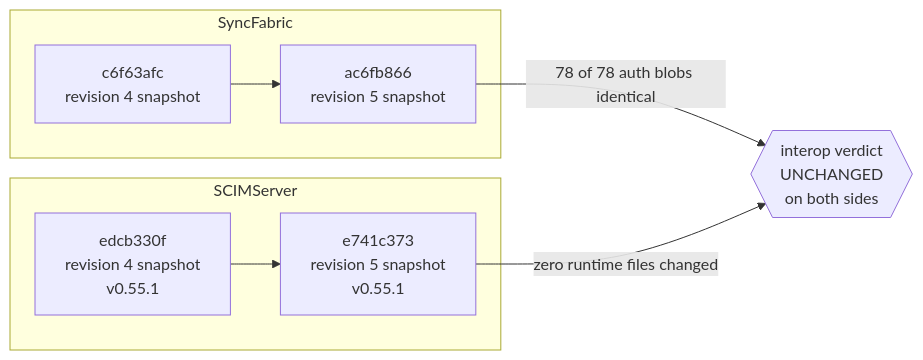
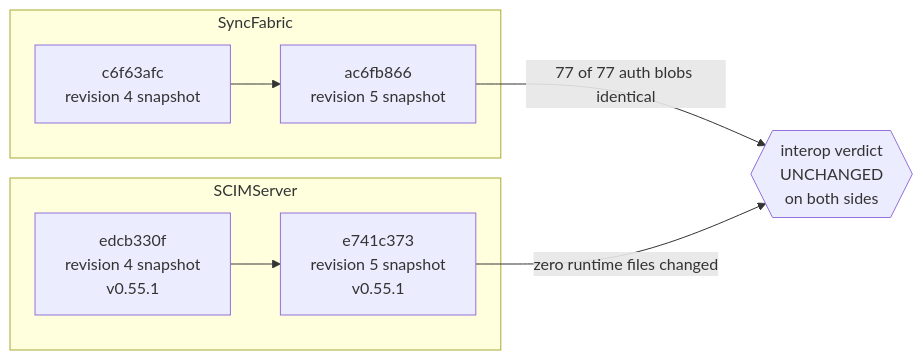
Before and after one commit to pranems/SCIMServer: the second of 22 diagrams in docs/auth/SCIMSERVER_SYNCFABRIC_WIF_ARCHITECTURE_AND_IMPLEMENTATION_GUIDE.md, drawn with Mermaid. The commit also changed other lines of this file and 3 other files, not shown here.

````diff
--- a/docs/auth/SCIMSERVER_SYNCFABRIC_WIF_ARCHITECTURE_AND_IMPLEMENTATION_GUIDE.md
+++ b/docs/auth/SCIMSERVER_SYNCFABRIC_WIF_ARCHITECTURE_AND_IMPLEMENTATION_GUIDE.md
@@ -344,11 +827,11 @@
 ```mermaid
 flowchart LR
     subgraph SF["SyncFabric"]
         SF1["c6f63afc<br/>revision 4 snapshot"] --> SF2["ac6fb866<br/>revision 5 snapshot"]
     end
     subgraph SS["SCIMServer"]
         SS1["edcb330f<br/>revision 4 snapshot<br/>v0.55.1"] --> SS2["e741c373<br/>revision 5 snapshot<br/>v0.55.1"]
     end
-    SF2 -->|"78 of 78 auth blobs identical"| VERDICT{{"interop verdict<br/>UNCHANGED<br/>on both sides"}}
+    SF2 -->|"77 of 77 auth blobs identical"| VERDICT{{"interop verdict<br/>UNCHANGED<br/>on both sides"}}
     SS2 -->|"zero runtime files changed"| VERDICT
 ```
````
